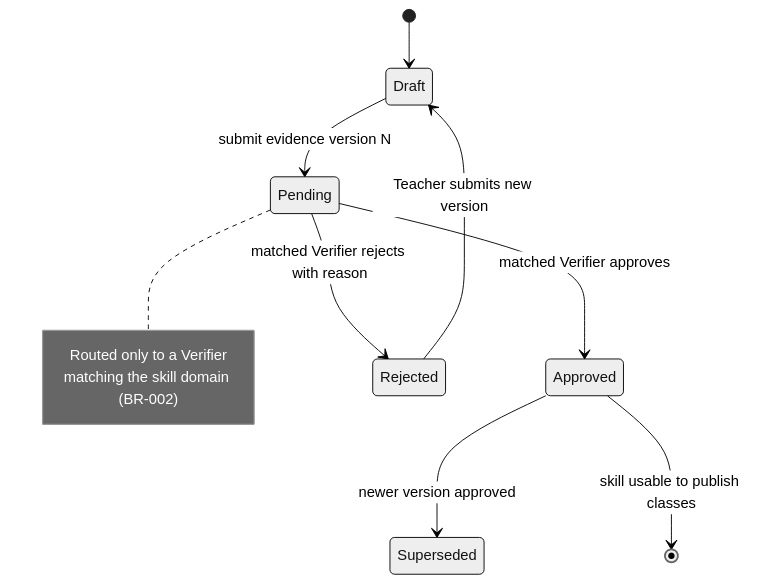
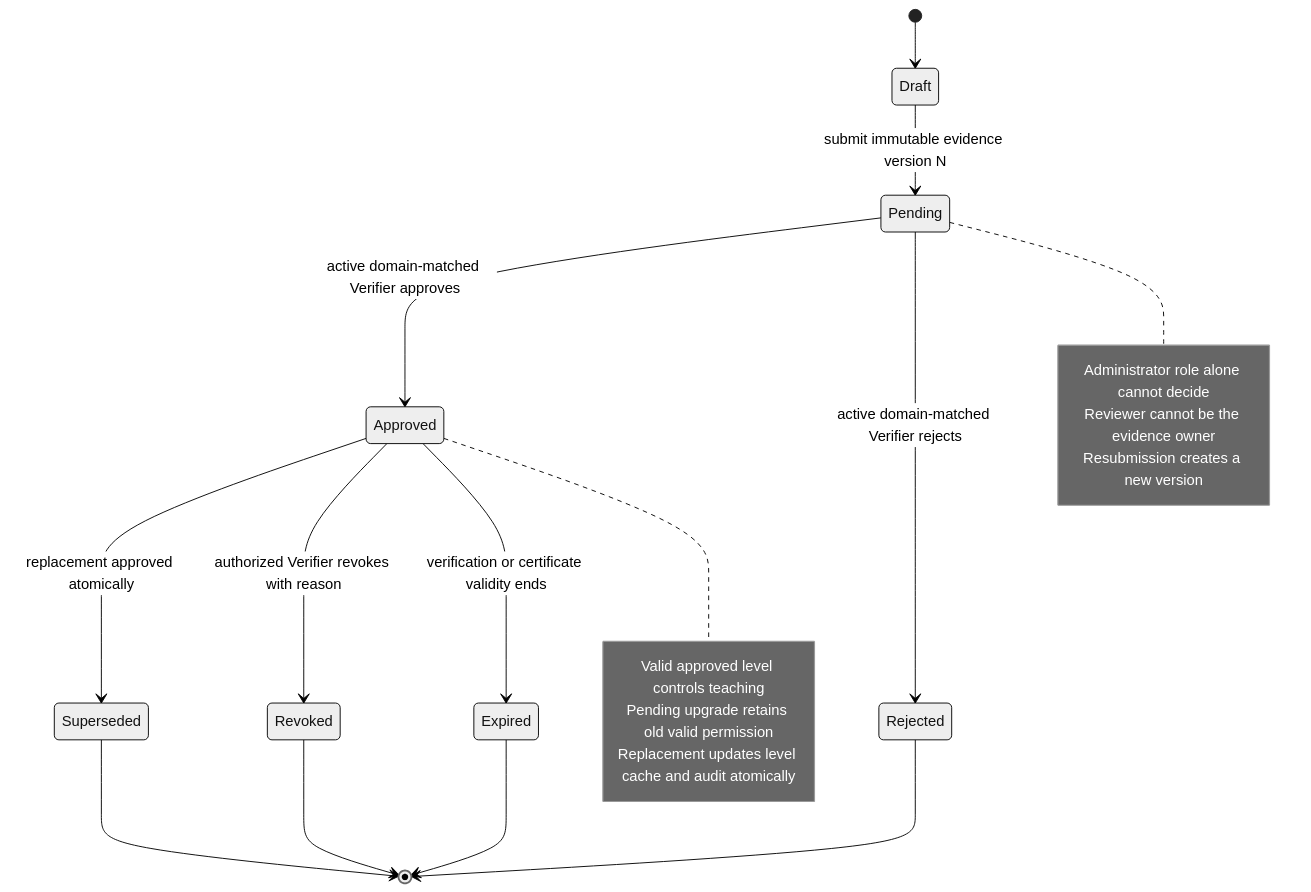
Before and after one commit to trankien022/SkillSwap: the second of 5 diagrams in docs/plans/SkillSwap-SRS.md, drawn with Mermaid (neutral theme). The commit also changed other lines of this file and 30 other files, not shown here.

Commit message:
docs(design): clarify ERD cardinality and keys

````diff
--- a/docs/plans/SkillSwap-SRS.md
+++ b/docs/plans/SkillSwap-SRS.md
@@ -330,14 +337,24 @@
 ```mermaid
 stateDiagram-v2
   [*] --> Draft
-  Draft --> Pending : submit evidence version N
-  Pending --> Approved : matched Verifier approves
-  Pending --> Rejected : matched Verifier rejects with reason
-  Rejected --> Draft : Teacher submits new version
-  Approved --> Superseded : newer version approved
-  Approved --> [*] : skill usable to publish classes
+  Draft --> Pending : submit immutable evidence version N
+  Pending --> Approved : active domain-matched Verifier approves
+  Pending --> Rejected : active domain-matched Verifier rejects
+  Approved --> Superseded : replacement approved atomically
+  Approved --> Revoked : authorized Verifier revokes with reason
+  Approved --> Expired : verification or certificate validity ends
+  Rejected --> [*]
+  Superseded --> [*]
+  Revoked --> [*]
+  Expired --> [*]
+  note right of Approved
+    Valid approved level controls teaching
+    Pending upgrade retains old valid permission
+    Replacement updates level cache and audit atomically
+  end note
   note right of Pending
-    Routed only to a Verifier
-    matching the skill domain (BR-002)
+    Administrator role alone cannot decide
+    Reviewer cannot be the evidence owner
+    Resubmission creates a new version
   end note
 ```
````
